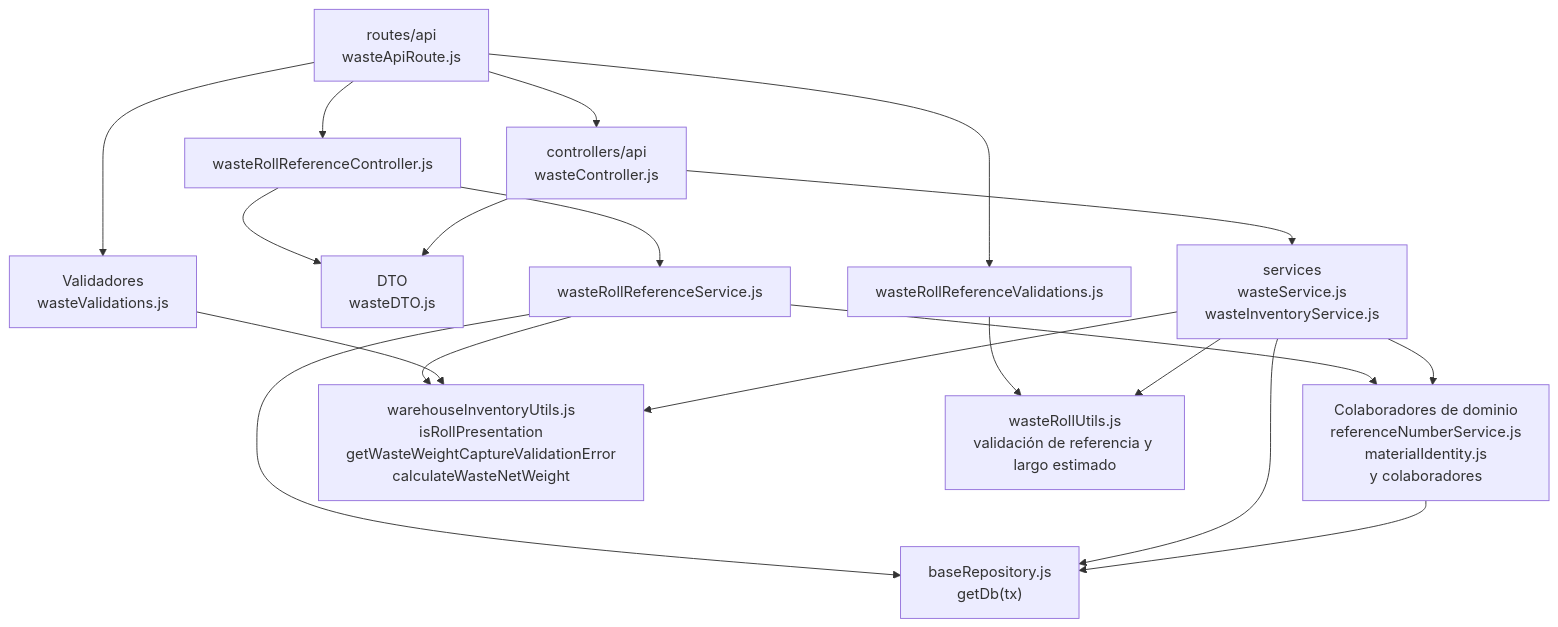
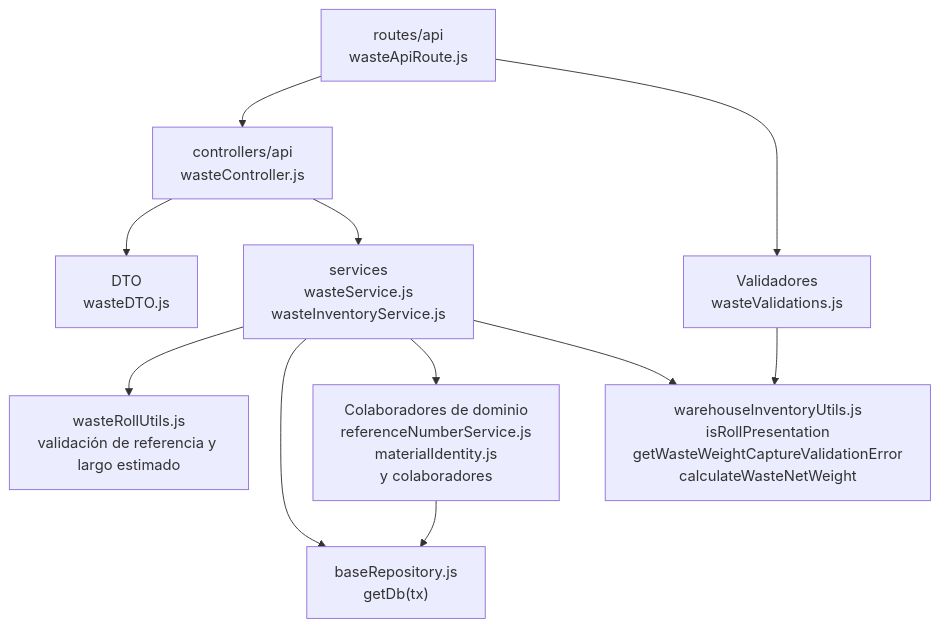
The diagram in docs/architecture/views/development/backend-technical-documentation/11-wastes-code.md (gpgsistemas01/nexus), drawn with Mermaid before and after one commit. The commit also changed other lines of this file and 72 other files, not shown here.

````diff
--- a/docs/architecture/views/development/backend-technical-documentation/11-wastes-code.md
+++ b/docs/architecture/views/development/backend-technical-documentation/11-wastes-code.md
@@ -7,33 +7,22 @@
 ```mermaid
 flowchart TB
     R["routes/api<br/>wasteApiRoute.js"]
     C["controllers/api<br/>wasteController.js"]
     S["services<br/>wasteService.js<br/>wasteInventoryService.js"]
     D["DTO<br/>wasteDTO.js"]
     X["Colaboradores de dominio<br/>referenceNumberService.js<br/>materialIdentity.js<br/>y colaboradores"]
     V["Validadores<br/>wasteValidations.js"]
     P["baseRepository.js<br/>getDb(tx)"]
     PresentationRule["warehouseInventoryUtils.js<br/>isRollPresentation<br/>getWasteWeightCaptureValidationError<br/>calculateWasteNetWeight"]
-    RC["wasteRollReferenceController.js"]
-    RS["wasteRollReferenceService.js"]
-    RV["wasteRollReferenceValidations.js"]
     Roll["wasteRollUtils.js<br/>validación de referencia y largo estimado"]
-    R --> RC
-    R --> RV
-    RC --> D
-    RC --> RS
-    RS --> P
-    RS --> PresentationRule
-    RS --> X
-    RV --> Roll
     S --> Roll
     C --> D
     C --> S
     R --> C
     R --> V
     S --> P
     S --> X
     V --> PresentationRule
     S --> PresentationRule
     X --> P
 ```
````
